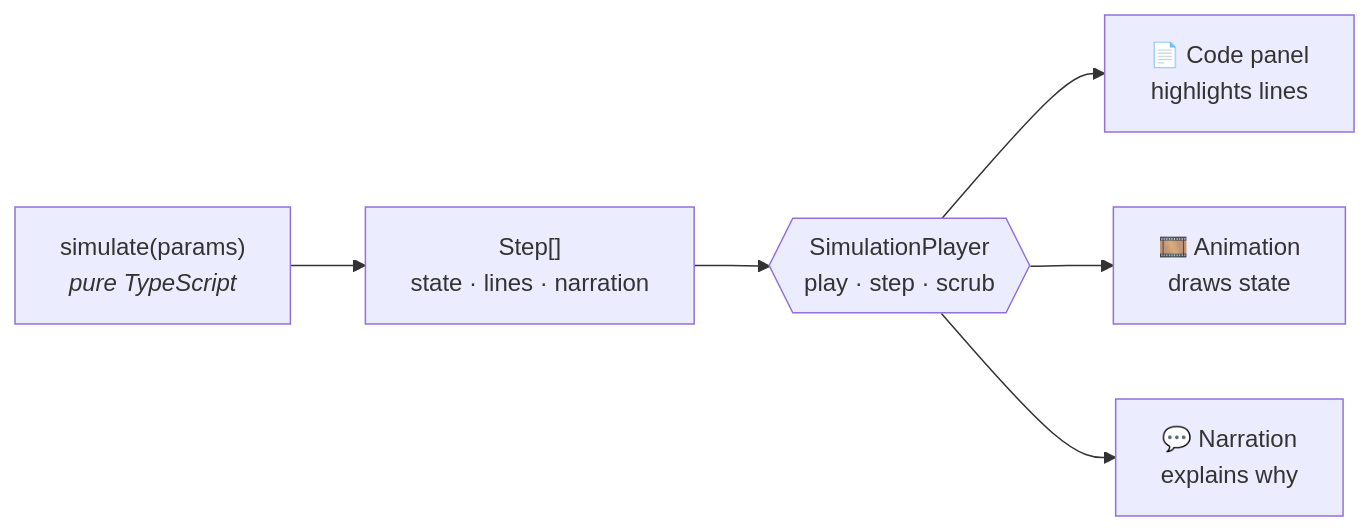
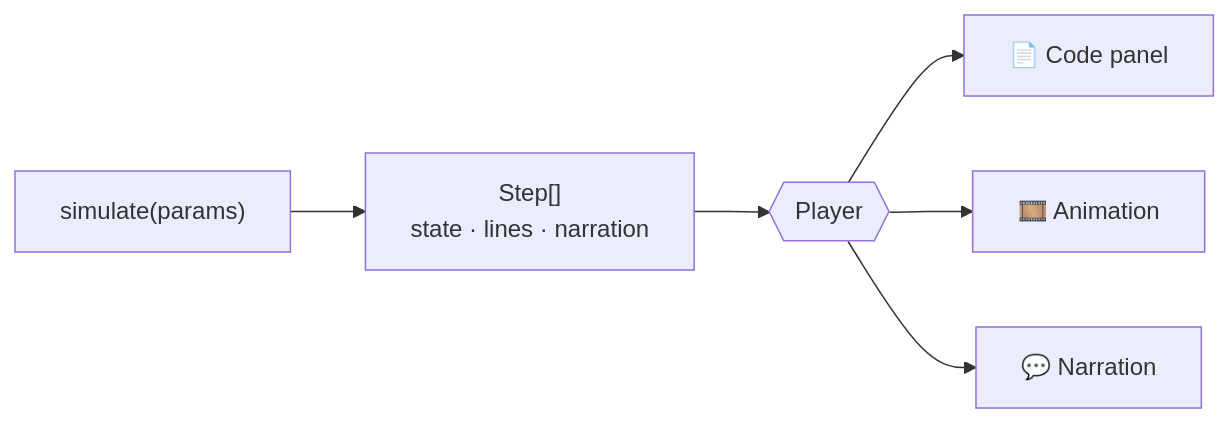
The diagram in README.md (ItWasYou-SAM/OSFlow), drawn with Mermaid before and after one commit. The commit also changed other lines of this file and 12 other files, not shown here.

````diff
--- a/README.md
+++ b/README.md
@@ -160,8 +128,8 @@
 ```mermaid
 flowchart LR
-    A["simulate(params)<br/><i>pure TypeScript</i>"] --> B["Step[]<br/>state · lines · narration"]
-    B --> C{{"SimulationPlayer<br/>play · step · scrub"}}
-    C --> D["📄 Code panel<br/>highlights lines"]
-    C --> E["🎞️ Animation<br/>draws state"]
-    C --> F["💬 Narration<br/>explains why"]
+    A["simulate(params)"] --> B["Step[]<br/>state · lines · narration"]
+    B --> C{{"Player"}}
+    C --> D["📄 Code panel"]
+    C --> E["🎞️ Animation"]
+    C --> F["💬 Narration"]
 ```
````
